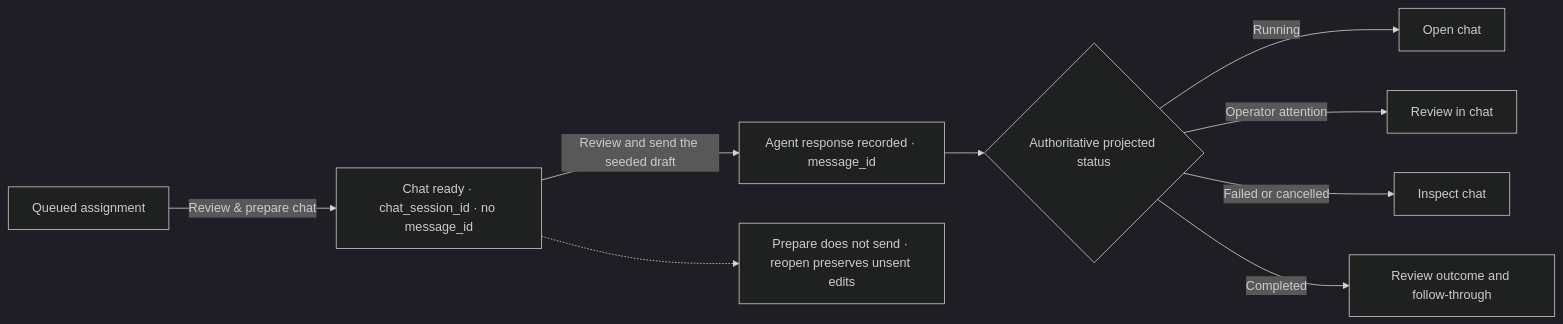
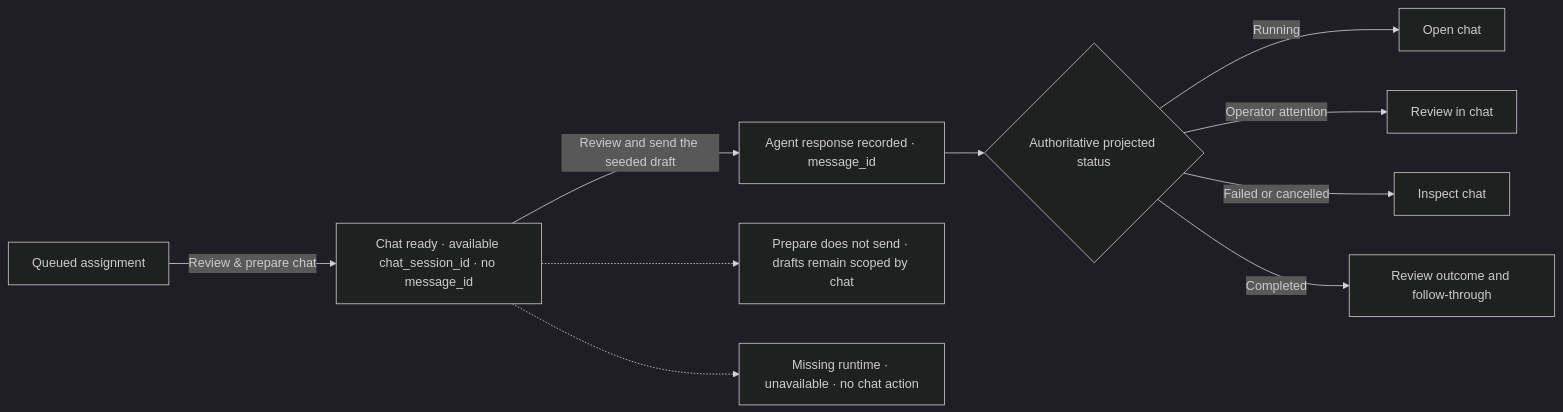
The seventh of 7 diagrams in docs/design/proposals/projects-cockpit-ux.md (hecatehq/hecate), drawn with Mermaid (dark theme) before and after one commit. The commit also changed other lines of this file and 15 other files, not shown here.

````diff
--- a/docs/design/proposals/projects-cockpit-ux.md
+++ b/docs/design/proposals/projects-cockpit-ux.md
@@ -409,11 +410,12 @@
 ```mermaid
 flowchart LR
-  Q["Queued assignment"] -->|"Review & prepare chat"| P["Chat ready · chat_session_id · no message_id"]
+  Q["Queued assignment"] -->|"Review & prepare chat"| P["Chat ready · available chat_session_id · no message_id"]
   P -->|"Review and send the seeded draft"| A["Agent response recorded · message_id"]
-  P -.-> N["Prepare does not send · reopen preserves unsent edits"]
+  P -.-> N["Prepare does not send · drafts remain scoped by chat"]
+  P -.-> U["Missing runtime · unavailable · no chat action"]
   A --> S{"Authoritative projected status"}
   S -->|"Running"| O["Open chat"]
   S -->|"Operator attention"| R["Review in chat"]
   S -->|"Failed or cancelled"| I["Inspect chat"]
   S -->|"Completed"| F["Review outcome and follow-through"]
 ```
````
